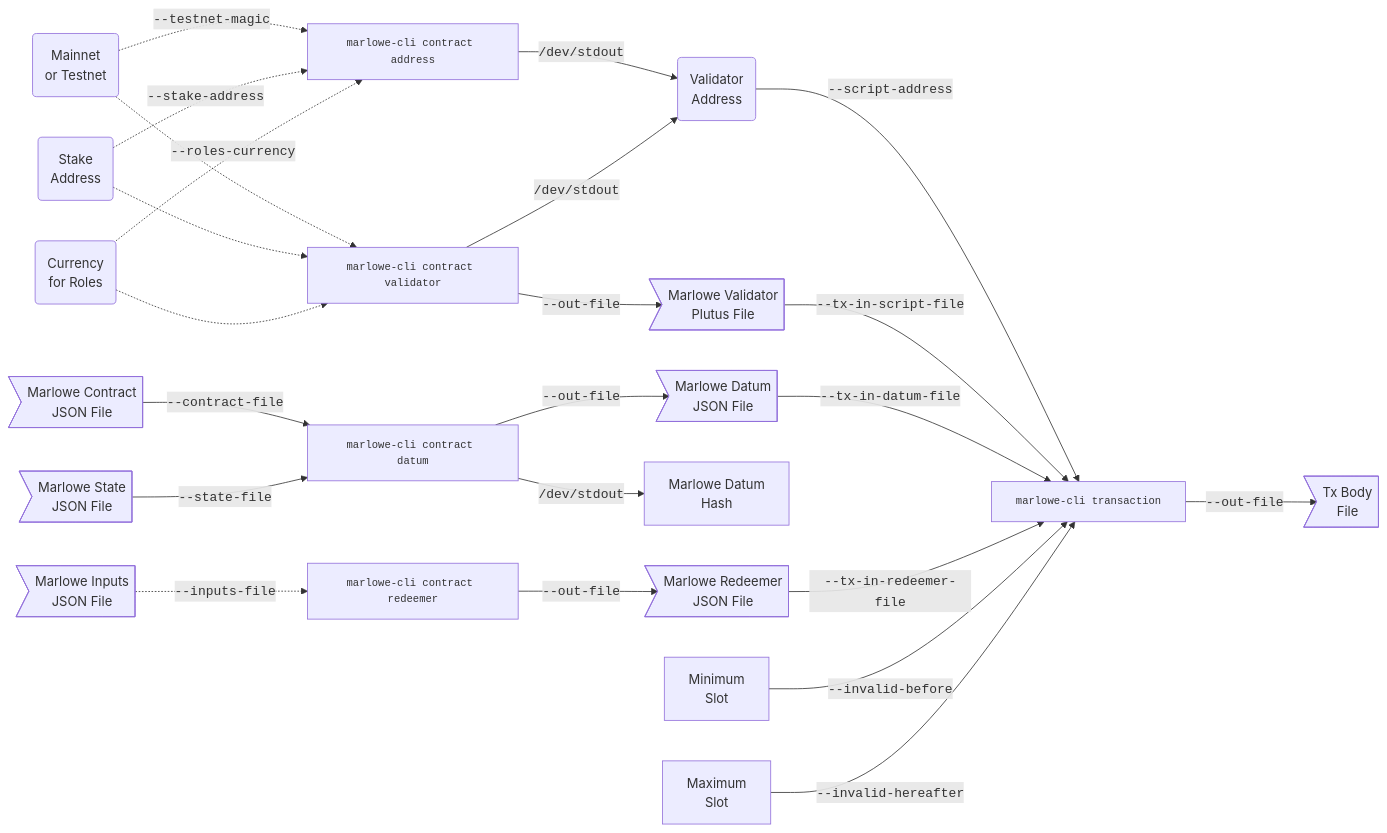
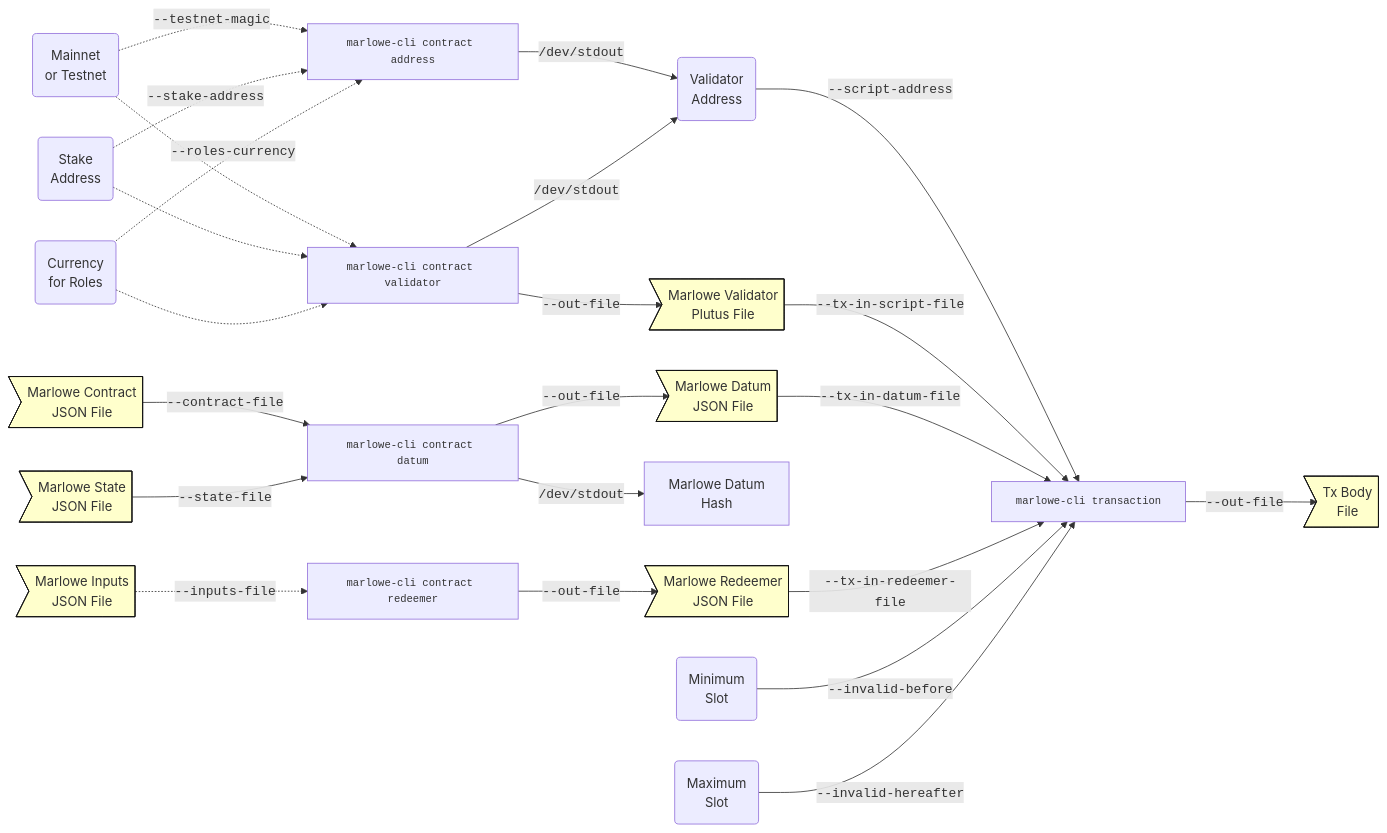
Before and after one commit to input-output-hk/marlowe-cardano: the diagram in marlowe-cli/doc/tutorial.md, drawn with Mermaid.

Commit message:
Changed style for files in mermaid graph

````diff
--- a/marlowe-cli/doc/tutorial.md
+++ b/marlowe-cli/doc/tutorial.md
@@ -5,72 +5,80 @@
 ```mermaid
 flowchart LR;
   
 classDef command font-family:monospace,font-size: medium;  
+classDef file fill:#ffc,stroke:#111;
       
 Network(Mainnet<br>or Testnet)
 StakeAddress(Stake<br>Address)
 RolesCurrency(Currency<br>for Roles)
 
 AddressCommand[marlowe-cli contract address]
 class AddressCommand command
 
 Network       -. "<span style=font-family:monospace>--testnet-magic</span>" .-> AddressCommand
 StakeAddress  -. "<span style=font-family:monospace>--stake-address</span>" .-> AddressCommand
 RolesCurrency -. "<span style=font-family:monospace>--roles-currency</span>" .-> AddressCommand
     
 ValidatorAddress(Validator\nAddress)
 AddressCommand -- "<span style=font-family:monospace>/dev/stdout</span>" --> ValidatorAddress
     
 ValidatorCommand[marlowe-cli contract validator]
 class ValidatorCommand command
     
 Network       -.-> ValidatorCommand
 StakeAddress  -.-> ValidatorCommand
 RolesCurrency -.-> ValidatorCommand
     
 ValidatorFile>Marlowe Validator<br>Plutus File]
+class ValidatorFile file
 
 ValidatorCommand -- "<span style=font-family:monospace>/dev/stdout</span>" --> ValidatorAddress
 ValidatorCommand -- "<span style=font-family:monospace>--out-file</span>"  --> ValidatorFile
 
 ContractFile>Marlowe Contract<br>JSON File]
 StateFile>Marlowe State<br>JSON File]
+class ContractFile file
+class StateFile file
     
 DatumCommand[marlowe-cli contract datum]
 class DatumCommand command
 
 ContractFile -- "<span style=font-family:monospace>--contract-file</span>" --> DatumCommand
 StateFile    -- "<span style=font-family:monospace>--state-file</span>"    --> DatumCommand
     
 DatumFile>Marlowe Datum<br>JSON File]
+class DatumFile file
 DatumHash[Marlowe Datum<br>Hash]
-    
+
 DatumCommand -- "<span style=font-family:monospace>--out-file</span>" --> DatumFile
 DatumCommand -- "<span style=font-family:monospace>/dev/stdout</span>" --> DatumHash
     
 InputsFile>Marlowe Inputs<br>JSON File]
-MinSlot[Minimum<br>Slot]
-MaxSlot[Maximum<br>Slot]
+class InputsFile file
+MinSlot(Minimum<br>Slot)
+MaxSlot(Maximum<br>Slot)
     
 RedeemerCommand[marlowe-cli contract redeemer]
 class RedeemerCommand command
 
 InputsFile -. "<span style=font-family:monospace>--inputs-file</span>" .-> RedeemerCommand
 
 RedeemerFile>Marlowe Redeemer<br>JSON File]
-    
+class RedeemerFile file
+
 RedeemerCommand -- "<span style=font-family:monospace>--out-file</span>" --> RedeemerFile
 
 CardanoCLI[marlowe-cli transaction]
 class CardanoCLI command
 
 ValidatorAddress -- "<span style=font-family:monospace>--script-address</span>" --> CardanoCLI
 ValidatorFile    -- "<span style=font-family:monospace>--tx-in-script-file</span>" --> CardanoCLI 
 DatumFile        -- "<span style=font-family:monospace>--tx-in-datum-file</span>"--> CardanoCLI
 RedeemerFile     -- "<span style=font-family:monospace>--tx-in-redeemer-file</span>"--> CardanoCLI
 MinSlot          -- "<span style=font-family:monospace>--invalid-before</span>"--> CardanoCLI
 MaxSlot          -- "<span style=font-family:monospace>--invalid-hereafter</span>"--> CardanoCLI
     
 TxBodyFile>Tx Body<br>File]
+class TxBodyFile file
 CardanoCLI -- "<span style=font-family:monospace>--out-file</span>" --> TxBodyFile
 ```
````
